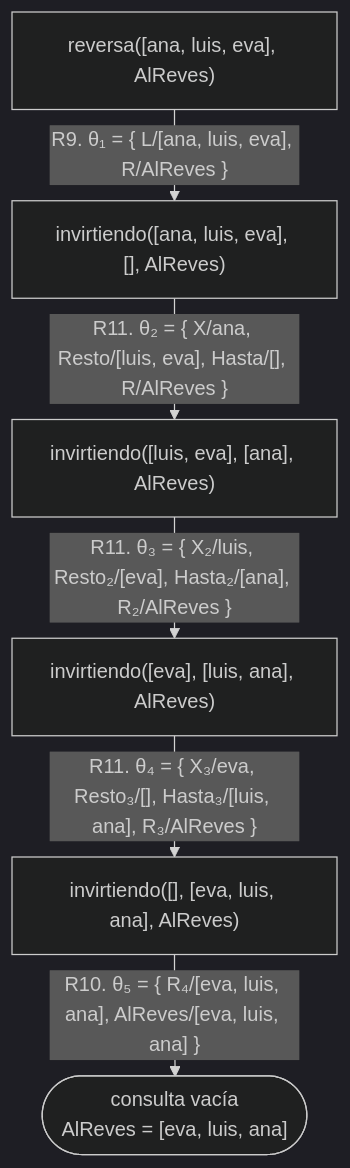
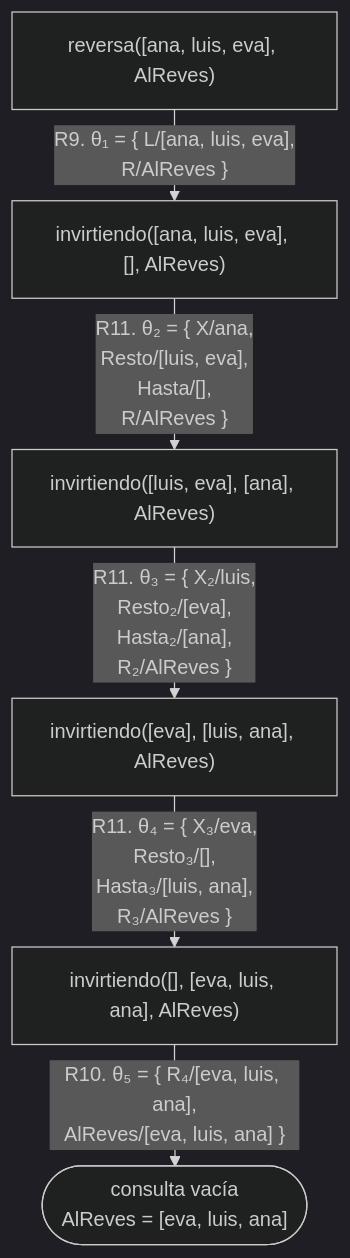
One commit to CesarBallardini/curso-de-prolog changed the eighth of 8 diagrams in docs/capitulo-08-aritmetica/index.md. Above: the diagram before and after it, drawn with Mermaid (dark theme). The commit also changed other lines of this file and 24 other files, not shown here.

First line of the commit message:
feat(docs): botones para ocultar las columnas laterales y etiquetas cortas en los diagramas

````diff
--- a/docs/capitulo-08-aritmetica/index.md
+++ b/docs/capitulo-08-aritmetica/index.md
@@ -656,9 +656,9 @@
 ```mermaid
 %%{init: {"flowchart": {"rankSpacing": 25}}}%%
 flowchart TD
-    A["reversa([ana, luis, eva], AlReves)"] -- "R9. θ₁ = {&nbsp;L/[ana, luis, eva], R/AlReves&nbsp;}" --> B["invirtiendo([ana, luis, eva], [], AlReves)"]
-    B -- "R11. θ₂ = {&nbsp;X/ana, Resto/[luis, eva], Hasta/[], R/AlReves&nbsp;}" --> C["invirtiendo([luis, eva], [ana], AlReves)"]
-    C -- "R11. θ₃ = {&nbsp;X₂/luis, Resto₂/[eva], Hasta₂/[ana], R₂/AlReves&nbsp;}" --> D["invirtiendo([eva], [luis, ana], AlReves)"]
-    D -- "R11. θ₄ = {&nbsp;X₃/eva, Resto₃/[], Hasta₃/[luis, ana], R₃/AlReves&nbsp;}" --> E["invirtiendo([], [eva, luis, ana], AlReves)"]
-    E -- "R10. θ₅ = {&nbsp;R₄/[eva, luis, ana], AlReves/[eva, luis, ana]&nbsp;}" --> S(["consulta vacía<br/>AlReves = [eva, luis, ana]"])
+    A["reversa([ana, luis, eva], AlReves)"] -- "R9. θ₁ = {&nbsp;L/[ana, luis, eva],<br/>R/AlReves&nbsp;}" --> B["invirtiendo([ana, luis, eva], [], AlReves)"]
+    B -- "R11. θ₂ = {&nbsp;X/ana,<br/>Resto/[luis, eva],<br/>Hasta/[],<br/>R/AlReves&nbsp;}" --> C["invirtiendo([luis, eva], [ana], AlReves)"]
+    C -- "R11. θ₃ = {&nbsp;X₂/luis,<br/>Resto₂/[eva],<br/>Hasta₂/[ana],<br/>R₂/AlReves&nbsp;}" --> D["invirtiendo([eva], [luis, ana], AlReves)"]
+    D -- "R11. θ₄ = {&nbsp;X₃/eva,<br/>Resto₃/[],<br/>Hasta₃/[luis, ana],<br/>R₃/AlReves&nbsp;}" --> E["invirtiendo([], [eva, luis, ana], AlReves)"]
+    E -- "R10. θ₅ = {&nbsp;R₄/[eva, luis, ana],<br/>AlReves/[eva, luis, ana]&nbsp;}" --> S(["consulta vacía<br/>AlReves = [eva, luis, ana]"])
 ```
````
